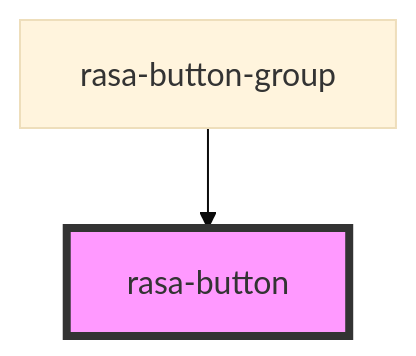
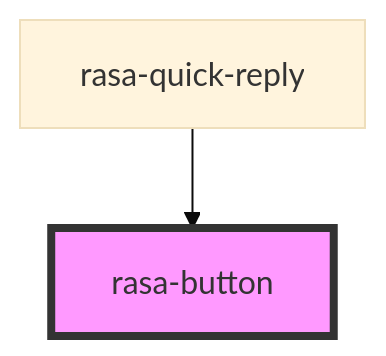
The diagram in packages/web-component/src/components/button/readme.md (RasaHQ/chat-widget), drawn with Mermaid (base theme) before and after one commit. The commit also changed other lines of this file and 23 other files, not shown here.

````diff
--- a/packages/web-component/src/components/button/readme.md
+++ b/packages/web-component/src/components/button/readme.md
@@ -30,5 +30,5 @@
 ```mermaid
 graph TD;
-  rasa-button-group --> rasa-button
+  rasa-quick-reply --> rasa-button
   style rasa-button fill:#f9f,stroke:#333,stroke-width:4px
 ```
````
